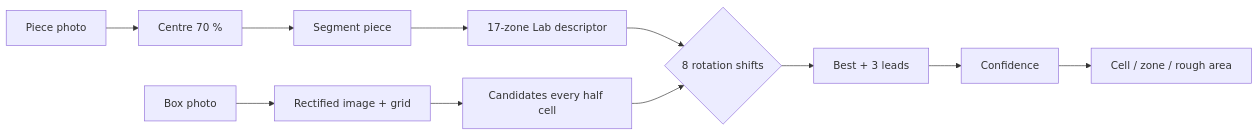
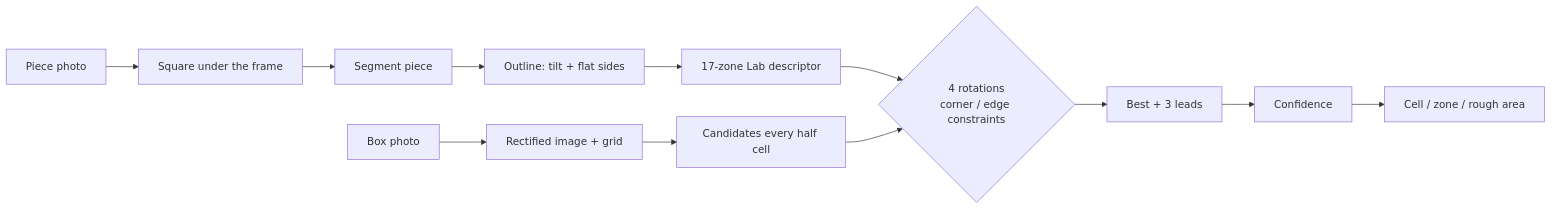
The first of 2 diagrams in README.md (LilyanLefevre/PuzzleHelper), drawn with Mermaid before and after one commit. The commit also changed other lines of this file and 9 other files, not shown here.

````diff
--- a/README.md
+++ b/README.md
@@ -28,9 +28,9 @@
 ```mermaid
 flowchart LR
   A[Box photo] --> B[Rectified image + grid]
-  P[Piece photo] --> C[Centre 70 %] --> D[Segment piece] --> E[17-zone Lab descriptor]
+  P[Piece photo] --> C[Square under the frame] --> D[Segment piece] --> O[Outline: tilt + flat sides] --> E[17-zone Lab descriptor]
   B --> F[Candidates every half cell]
-  E --> G{8 rotation shifts}
+  E --> G{4 rotations<br/>corner / edge constraints}
   F --> G --> H[Best + 3 leads] --> I[Confidence]
   I --> J[Cell / zone / rough area]
 ```
````
